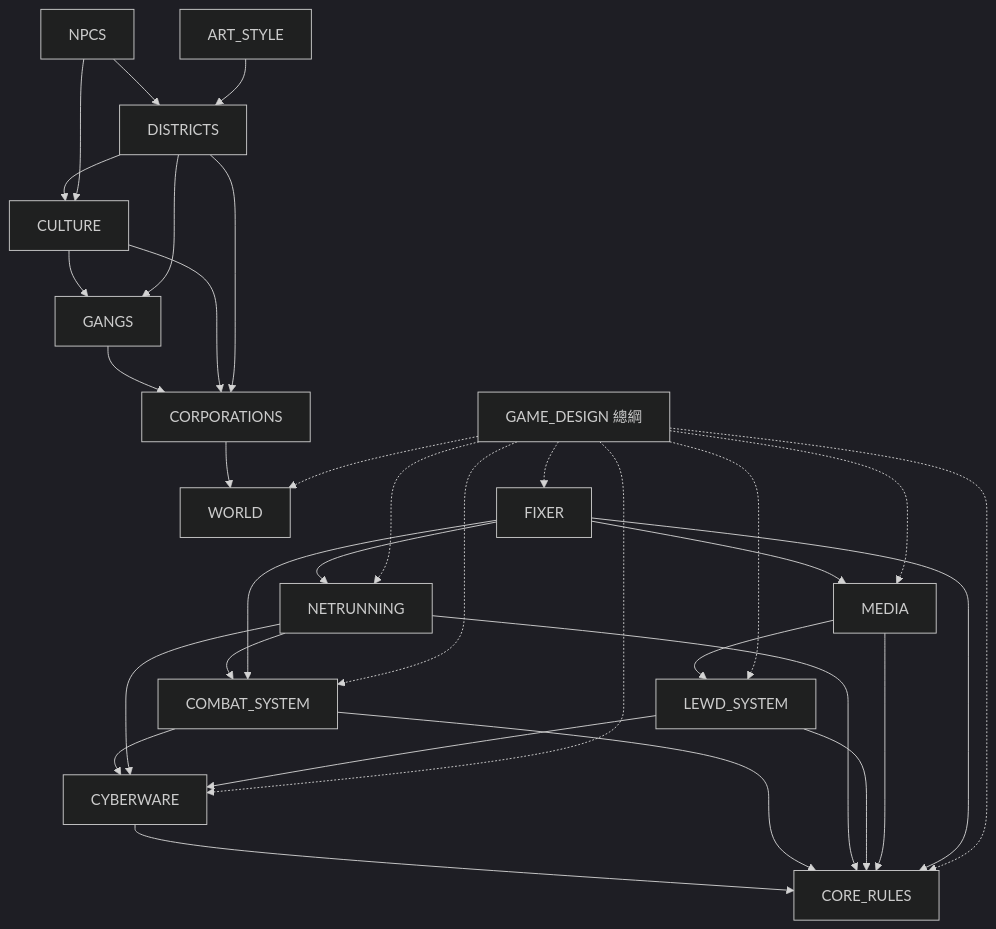
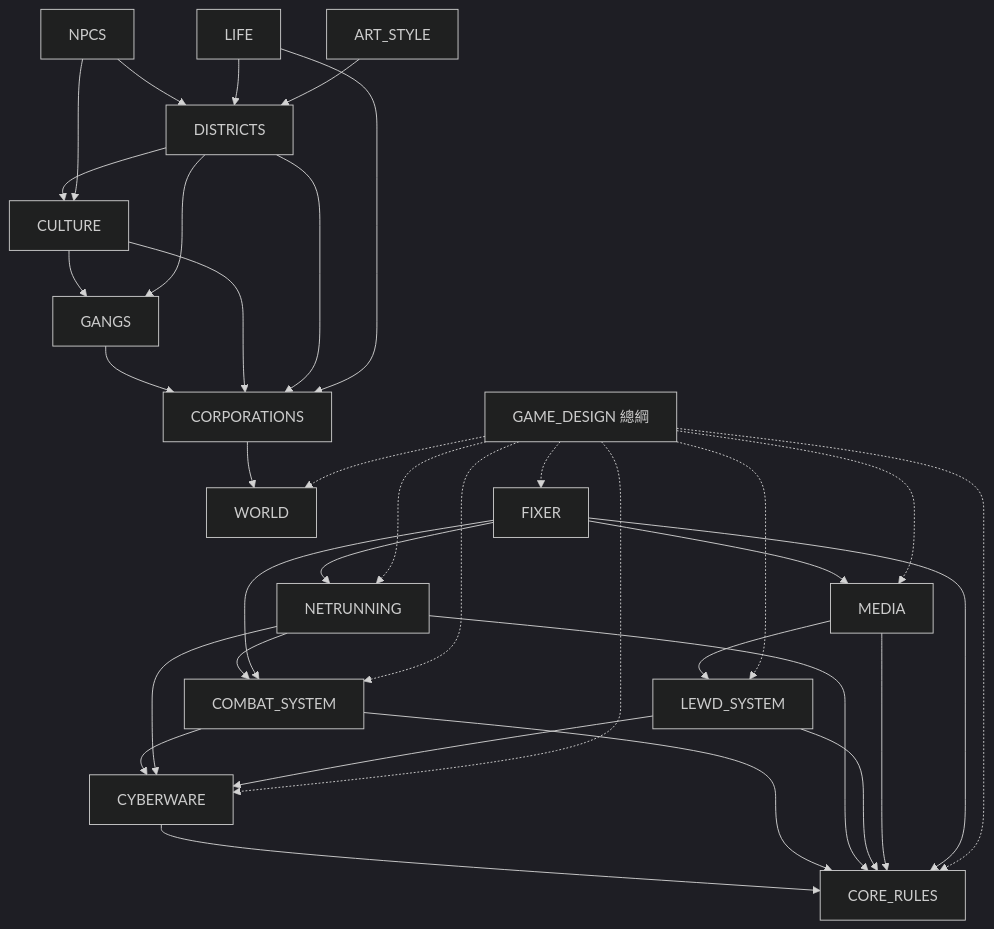
Before and after one commit to yellow630914/CyberpunkPink: the diagram in docs/README.md, drawn with Mermaid (dark theme). The commit also changed other lines of this file and 8 other files, not shown here.

First line of the commit message:
地圖規模方案與日常世界觀細節

````diff
--- a/docs/README.md
+++ b/docs/README.md
@@ -44,31 +45,33 @@
 ```mermaid
 flowchart TD
   GD[GAME_DESIGN 總綱]
   WD[WORLD]
   CO[CORPORATIONS] --> WD
   GA[GANGS] --> CO
   CU[CULTURE] --> CO
   CU --> GA
   DI[DISTRICTS] --> CO
   DI --> GA
   DI --> CU
   NP[NPCS] --> DI
+  LI[LIFE] --> CO
+  LI --> DI
   NP --> CU
   AR[ART_STYLE] --> DI
   CR[CORE_RULES]
   CW[CYBERWARE] --> CR
   CB[COMBAT_SYSTEM] --> CR
   CB --> CW
   NR[NETRUNNING] --> CR
   NR --> CW
   NR --> CB
   LS[LEWD_SYSTEM] --> CR
   LS --> CW
   MD[MEDIA] --> CR
   MD --> LS
   FX[FIXER] --> CR
   FX --> CB
   FX --> NR
   FX --> MD
   GD -.-> WD & CR & CW & CB & NR & LS & MD & FX
 ```
````
